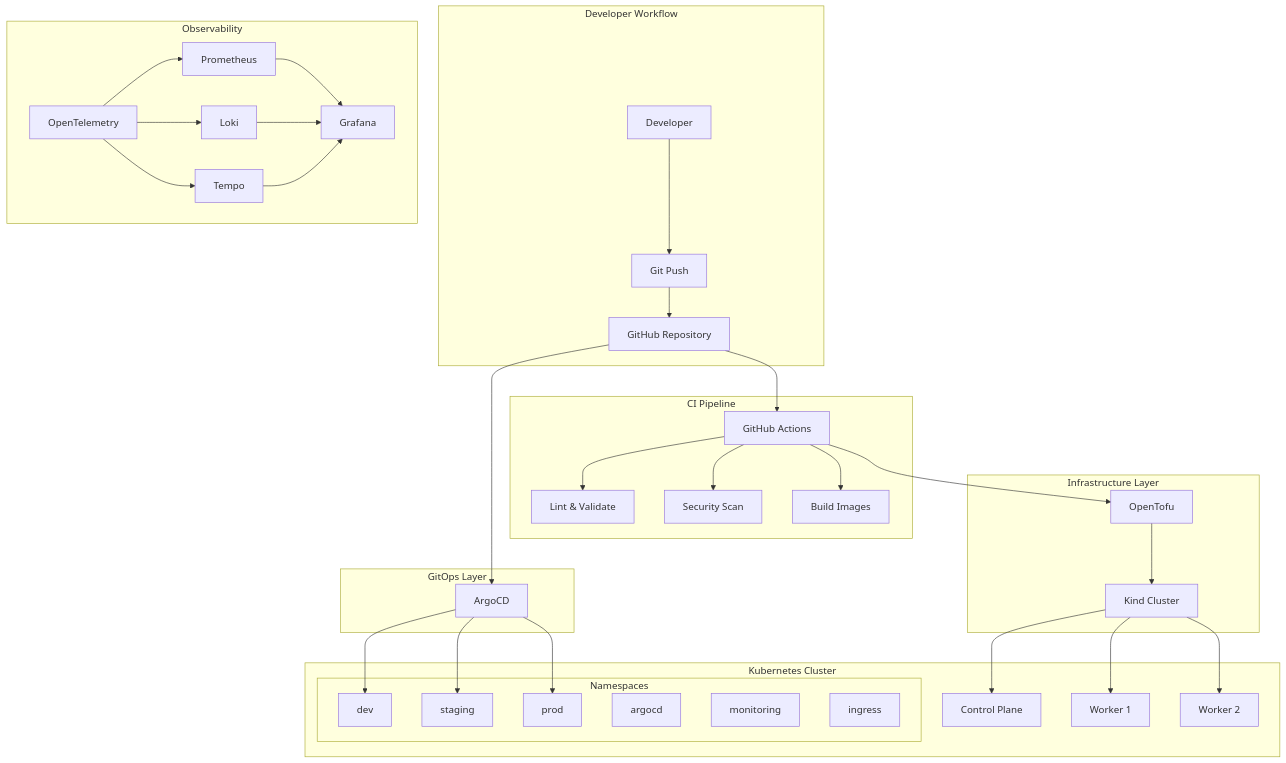
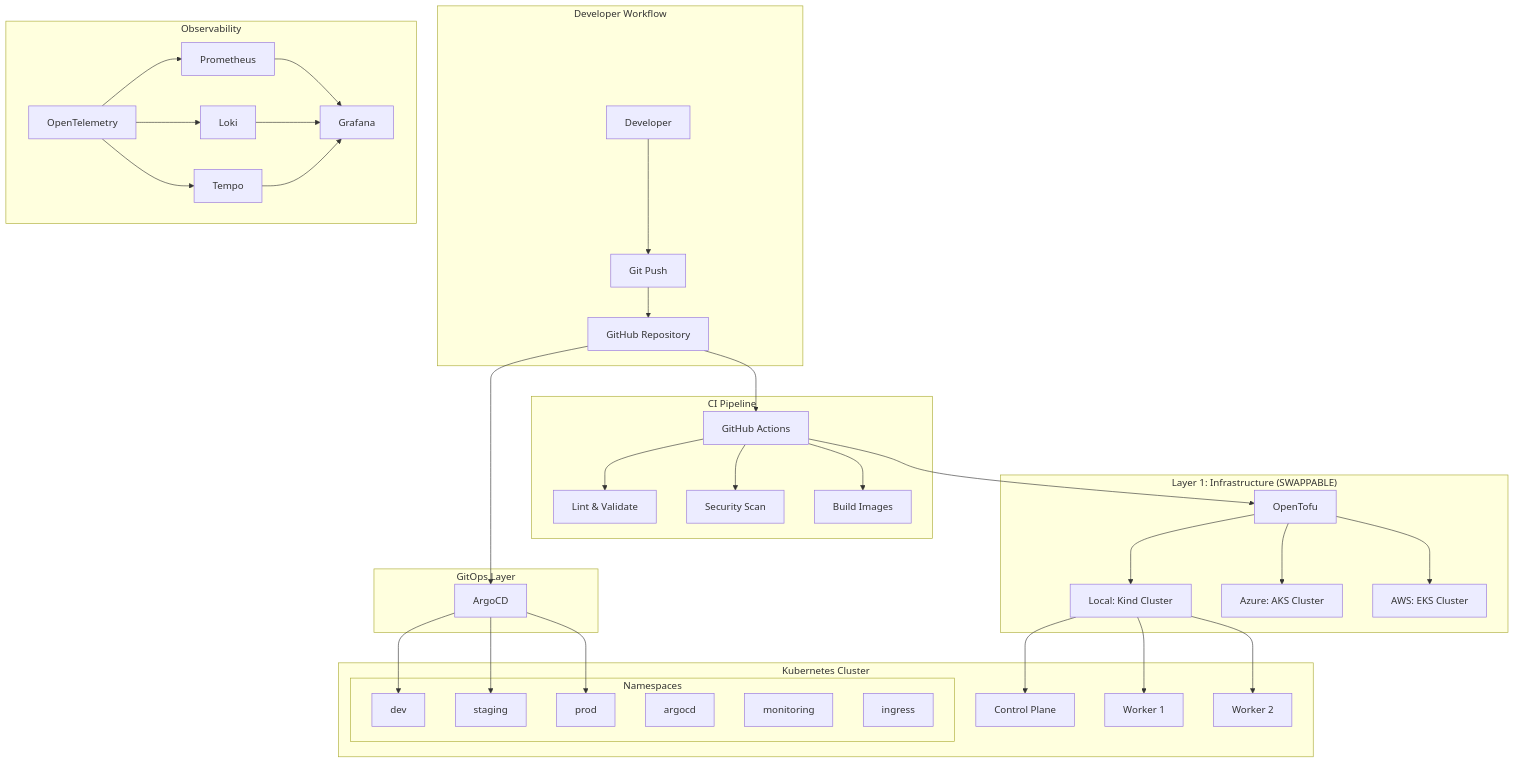
The diagram in platform-docs/docs/architecture/system-overview.md (iemafzalhassan/edgeops-labs-platform), drawn with Mermaid before and after one commit. The commit also changed 33 other files, not shown here.

First line of the commit message:
refactor(arch): implement cloud-agnostic architecture

````diff
--- a/platform-docs/docs/architecture/system-overview.md
+++ b/platform-docs/docs/architecture/system-overview.md
@@ -9,50 +9,52 @@
 ```mermaid
 graph TD
     subgraph "Developer Workflow"
         DEV[Developer] --> GIT[Git Push]
         GIT --> GH[GitHub Repository]
     end
 
     subgraph "CI Pipeline"
         GH --> GHA[GitHub Actions]
         GHA --> LINT[Lint & Validate]
         GHA --> SCAN[Security Scan]
         GHA --> BUILD[Build Images]
     end
 
-    subgraph "Infrastructure Layer"
+    subgraph "Layer 1: Infrastructure (SWAPPABLE)"
         GHA --> TF[OpenTofu]
-        TF --> KIND[Kind Cluster]
+        TF --> KIND[Local: Kind Cluster]
+        TF --> AZURE[Azure: AKS Cluster]
+        TF --> AWS[AWS: EKS Cluster]
     end
 
     subgraph "Kubernetes Cluster"
         KIND --> CP[Control Plane]
         KIND --> W1[Worker 1]
         KIND --> W2[Worker 2]
 
         subgraph "Namespaces"
             NS_DEV[dev]
             NS_STG[staging]
             NS_PRD[prod]
             NS_ARGO[argocd]
             NS_MON[monitoring]
             NS_ING[ingress]
         end
     end
 
     subgraph "GitOps Layer"
         GH --> ARGO[ArgoCD]
         ARGO --> NS_DEV
         ARGO --> NS_STG
         ARGO --> NS_PRD
     end
 
     subgraph "Observability"
         PROM[Prometheus] --> GRAF[Grafana]
         LOKI[Loki] --> GRAF
         TEMPO[Tempo] --> GRAF
         OTEL[OpenTelemetry] --> PROM
         OTEL --> LOKI
         OTEL --> TEMPO
     end
 ```
````
